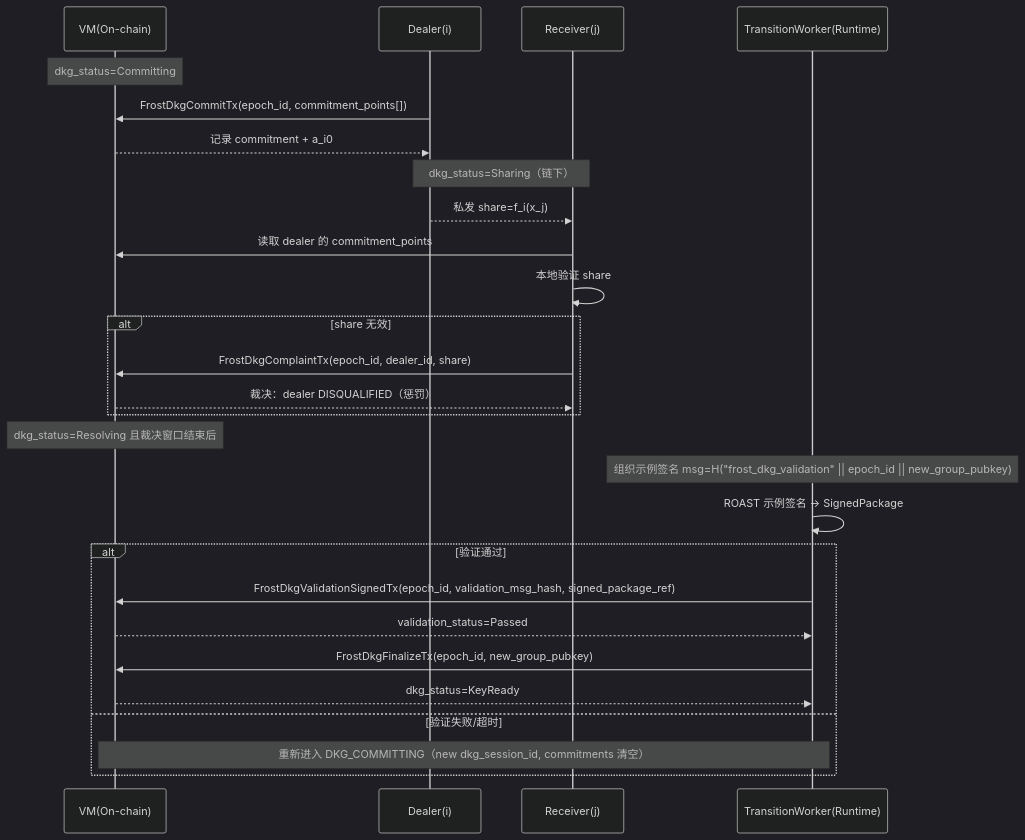
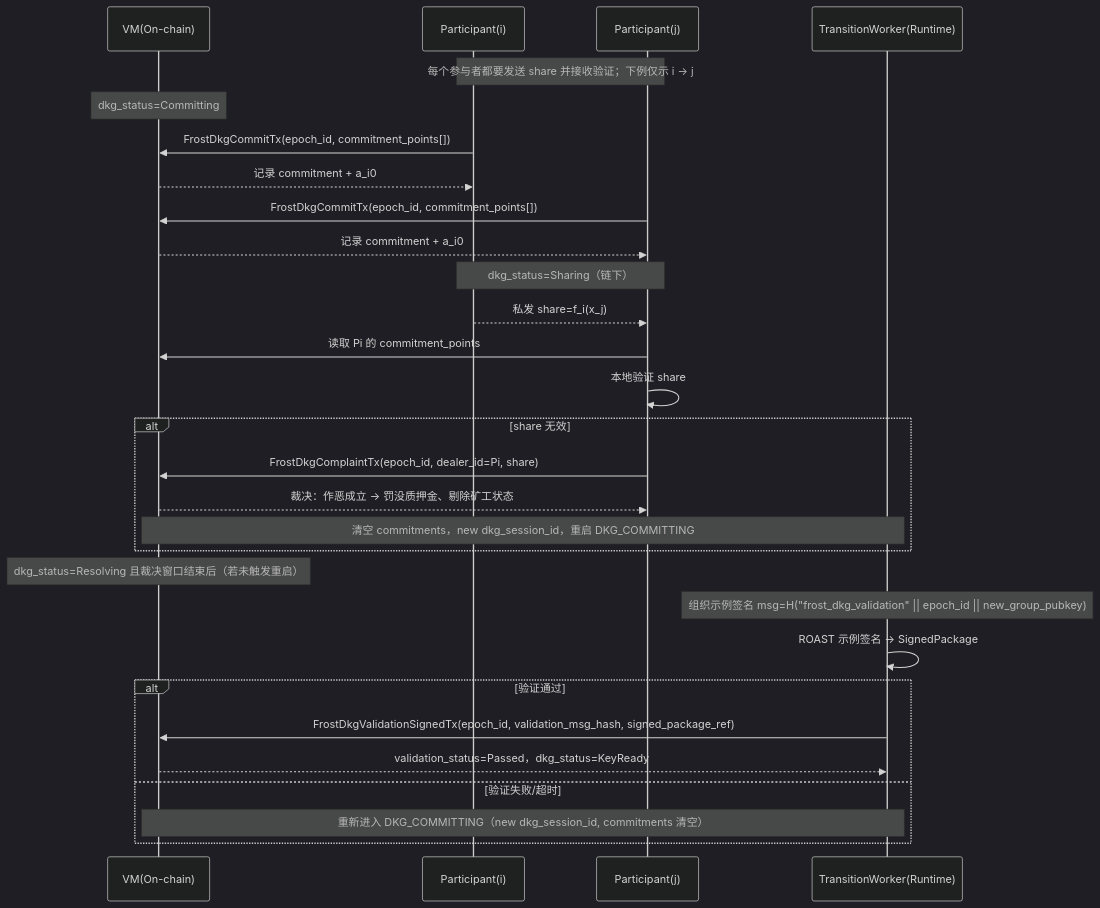
Before and after one commit to davidLeeeeeeeeeeee/dex: the seventh of 8 diagrams in frost/design_v2_job.md, drawn with Mermaid (dark theme). The commit also changed other lines of this file, not shown here.

````diff
--- a/frost/design_v2_job.md
+++ b/frost/design_v2_job.md
@@ -691,34 +731,36 @@
 ```mermaid
 sequenceDiagram
   participant CH as VM(On-chain)
-  participant D as Dealer(i)
-  participant R as Receiver(j)
+  participant Pi as Participant(i)
+  participant Pj as Participant(j)
   participant TW as TransitionWorker(Runtime)
 
+  Note over Pi,Pj: 每个参与者都要发送 share 并接收验证；下例仅示 i -> j
   Note over CH: dkg_status=Committing
-  D->>CH: FrostDkgCommitTx(epoch_id, commitment_points[])
-  CH-->>D: 记录 commitment + a_i0
+  Pi->>CH: FrostDkgCommitTx(epoch_id, commitment_points[])
+  CH-->>Pi: 记录 commitment + a_i0
+  Pj->>CH: FrostDkgCommitTx(epoch_id, commitment_points[])
+  CH-->>Pj: 记录 commitment + a_i0
 
-  Note over D,R: dkg_status=Sharing（链下）
-  D-->>R: 私发 share=f_i(x_j)
-  R->>CH: 读取 dealer 的 commitment_points
-  R->>R: 本地验证 share
+  Note over Pi,Pj: dkg_status=Sharing（链下）
+  Pi-->>Pj: 私发 share=f_i(x_j)
+  Pj->>CH: 读取 Pi 的 commitment_points
+  Pj->>Pj: 本地验证 share
 
   alt share 无效
-    R->>CH: FrostDkgComplaintTx(epoch_id, dealer_id, share)
-    CH-->>R: 裁决：dealer DISQUALIFIED（惩罚）
+    Pj->>CH: FrostDkgComplaintTx(epoch_id, dealer_id=Pi, share)
+    CH-->>Pj: 裁决：作恶成立 -> 罚没质押金、剔除矿工状态
+    Note over CH,TW: 清空 commitments，new dkg_session_id，重启 DKG_COMMITTING
   end
 
-  Note over CH: dkg_status=Resolving 且裁决窗口结束后
+  Note over CH: dkg_status=Resolving 且裁决窗口结束后（若未触发重启）
   Note over TW: 组织示例签名 msg=H("frost_dkg_validation" || epoch_id || new_group_pubkey)
   TW->>TW: ROAST 示例签名 -> SignedPackage
 
   alt 验证通过
     TW->>CH: FrostDkgValidationSignedTx(epoch_id, validation_msg_hash, signed_package_ref)
-    CH-->>TW: validation_status=Passed
-    TW->>CH: FrostDkgFinalizeTx(epoch_id, new_group_pubkey)
-    CH-->>TW: dkg_status=KeyReady
+    CH-->>TW: validation_status=Passed，dkg_status=KeyReady
   else 验证失败/超时
     Note over CH,TW: 重新进入 DKG_COMMITTING（new dkg_session_id, commitments 清空）
   end
 ```
````
